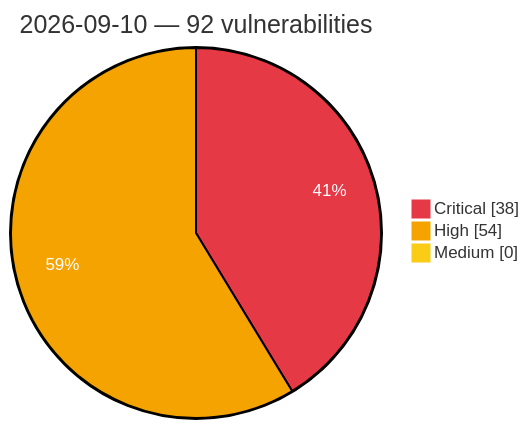
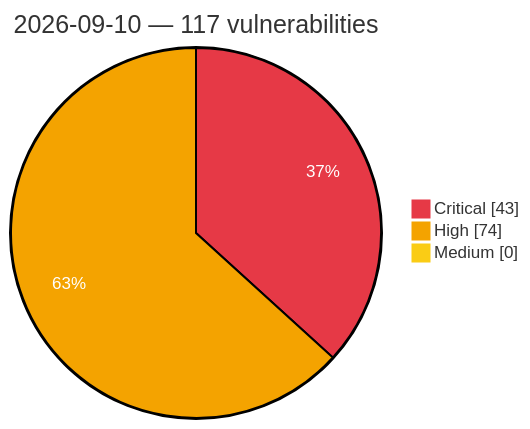
Before and after one commit to GhostX0X/vuln-tracker: the diagram in vulnerabilities/2026/September/2026-09-10.md, drawn with Mermaid. The commit also changed other lines of this file and 5 other files, not shown here.

Commit message:
Auto update: critical/high vulns (2026-09-10 23:09 UTC)

````diff
--- a/vulnerabilities/2026/September/2026-09-10.md
+++ b/vulnerabilities/2026/September/2026-09-10.md
@@ -3,8 +3,8 @@
 ```mermaid
 %%{init: {'theme':'base', 'themeVariables': {'pie1':'#e63946', 'pie2':'#f4a300', 'pie3':'#facc15', 'pieOpacity':'1', 'pieOuterStrokeWidth':'2px', 'pieSectionTextColor':'#ffffff'}}}%%
 pie showData
-    title 2026-09-10 — 92 vulnerabilities
-    "Critical" : 38
-    "High" : 54
+    title 2026-09-10 — 117 vulnerabilities
+    "Critical" : 43
+    "High" : 74
     "Medium" : 0
 ```
````
